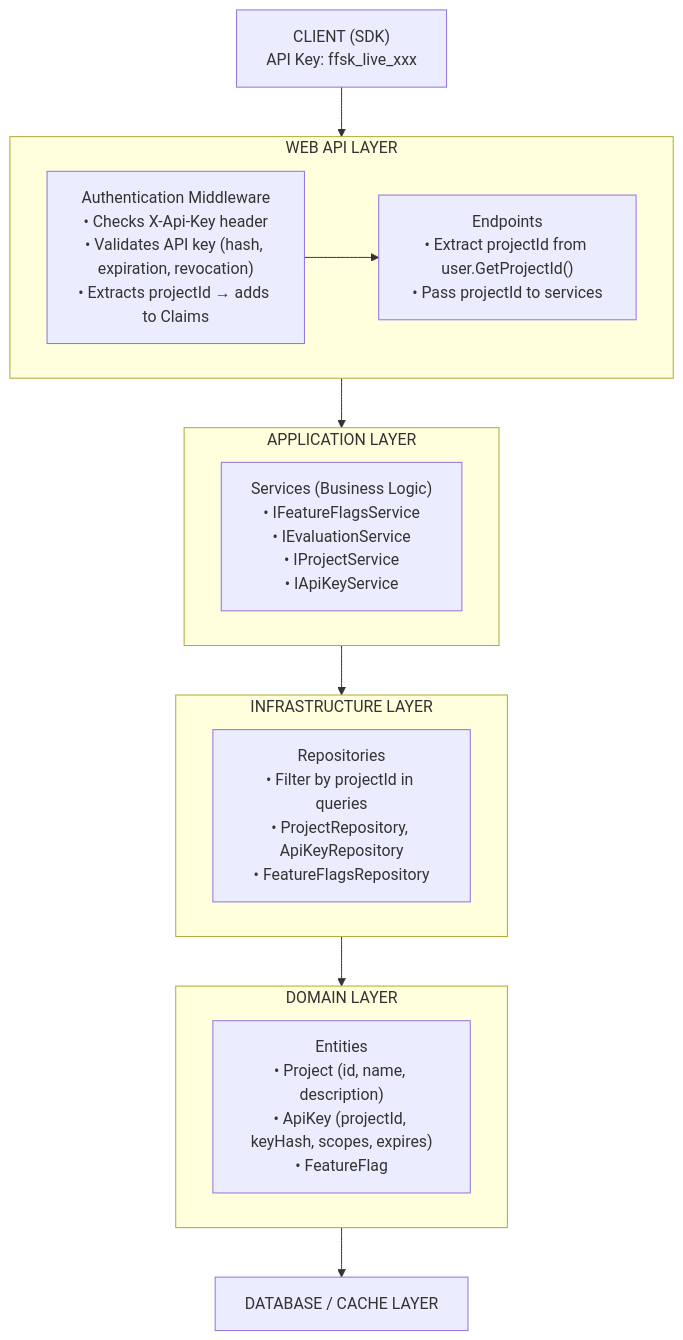
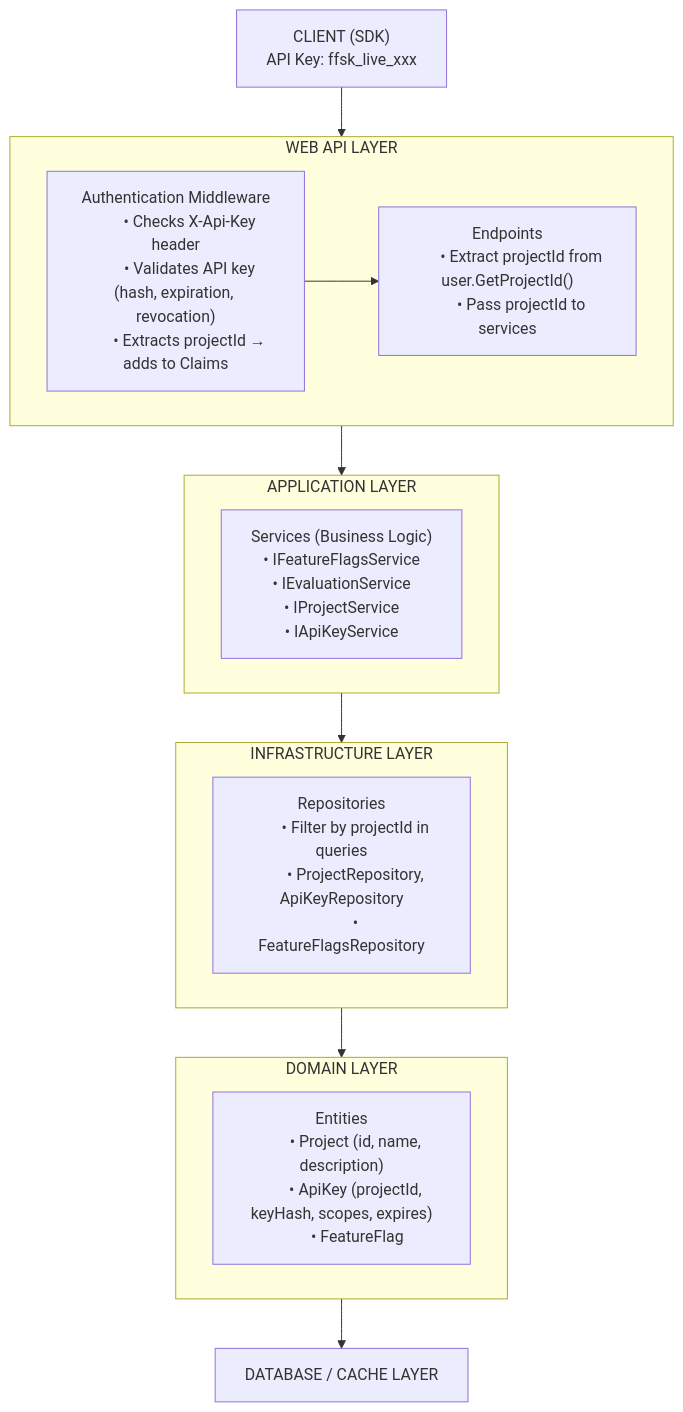
The diagram in README.md (AdivAsif/feature-flags-service), drawn with Mermaid before and after one commit. The commit also changed 4 other files, not shown here.

````diff
--- a/README.md
+++ b/README.md
@@ -56,30 +56,46 @@
 ```mermaid
 flowchart TB
-    client["CLIENT (SDK)\nAPI Key: ffsk_live_xxx"] --> web["WEB API LAYER"]
+    client["CLIENT (SDK)
+    API Key: ffsk_live_xxx"] --> web["WEB API LAYER"]
 
     subgraph web["WEB API LAYER"]
-        auth["Authentication Middleware\n• Checks X-Api-Key header\n• Validates API key (hash, expiration, revocation)\n• Extracts projectId → adds to Claims"]
-        endpoints["Endpoints\n• Extract projectId from user.GetProjectId()\n• Pass projectId to services"]
+        auth["Authentication Middleware
+        • Checks X-Api-Key header
+        • Validates API key (hash, expiration, revocation)
+        • Extracts projectId → adds to Claims"]
+        endpoints["Endpoints
+        • Extract projectId from user.GetProjectId()
+        • Pass projectId to services"]
         auth --> endpoints
     end
 
     web --> app["APPLICATION LAYER"]
 
     subgraph app["APPLICATION LAYER"]
-        services["Services (Business Logic)\n• IFeatureFlagsService\n• IEvaluationService\n• IProjectService\n• IApiKeyService"]
+        services["Services (Business Logic)
+        • IFeatureFlagsService
+        • IEvaluationService
+        • IProjectService
+        • IApiKeyService"]
     end
 
     app --> infra["INFRASTRUCTURE LAYER"]
 
     subgraph infra["INFRASTRUCTURE LAYER"]
-        repos["Repositories\n• Filter by projectId in queries\n• ProjectRepository, ApiKeyRepository\n• FeatureFlagsRepository"]
+        repos["Repositories
+        • Filter by projectId in queries
+        • ProjectRepository, ApiKeyRepository
+        • FeatureFlagsRepository"]
     end
 
     infra --> domain["DOMAIN LAYER"]
 
     subgraph domain["DOMAIN LAYER"]
-        entities["Entities\n• Project (id, name, description)\n• ApiKey (projectId, keyHash, scopes, expires)\n• FeatureFlag"]
+        entities["Entities
+        • Project (id, name, description)
+        • ApiKey (projectId, keyHash, scopes, expires)
+        • FeatureFlag"]
     end
 
     domain --> db["DATABASE / CACHE LAYER"]
 ```
````
